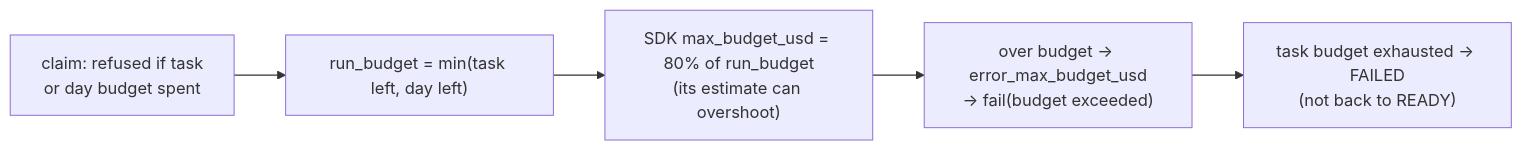
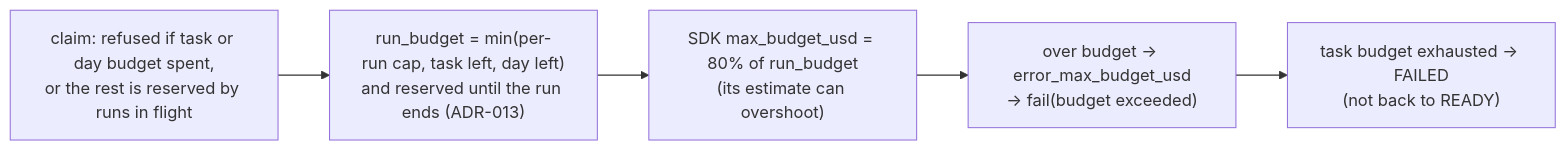
The seventh of 7 diagrams in docs/guide/11-workers-and-sandbox.md (bharathcmbox/axiom), drawn with Mermaid before and after one commit. The commit also changed 35 other files, not shown here.

````diff
--- a/docs/guide/11-workers-and-sandbox.md
+++ b/docs/guide/11-workers-and-sandbox.md
@@ -159,7 +159,7 @@
 ```mermaid
 flowchart LR
-    claim["claim: refused if task<br/>or day budget spent"] --> rb["run_budget = min(task left, day left)"]
+    claim["claim: refused if task or day budget spent,<br/>or the rest is reserved by runs in flight"] --> rb["run_budget = min(per-run cap, task left, day left)<br/>and reserved until the run ends (ADR-013)"]
     rb --> sdk["SDK max_budget_usd = 80% of run_budget<br/>(its estimate can overshoot)"]
     sdk --> stop["over budget → error_max_budget_usd<br/>→ fail(budget exceeded)"]
     stop --> fs["task budget exhausted → FAILED<br/>(not back to READY)"]
 ```
````
